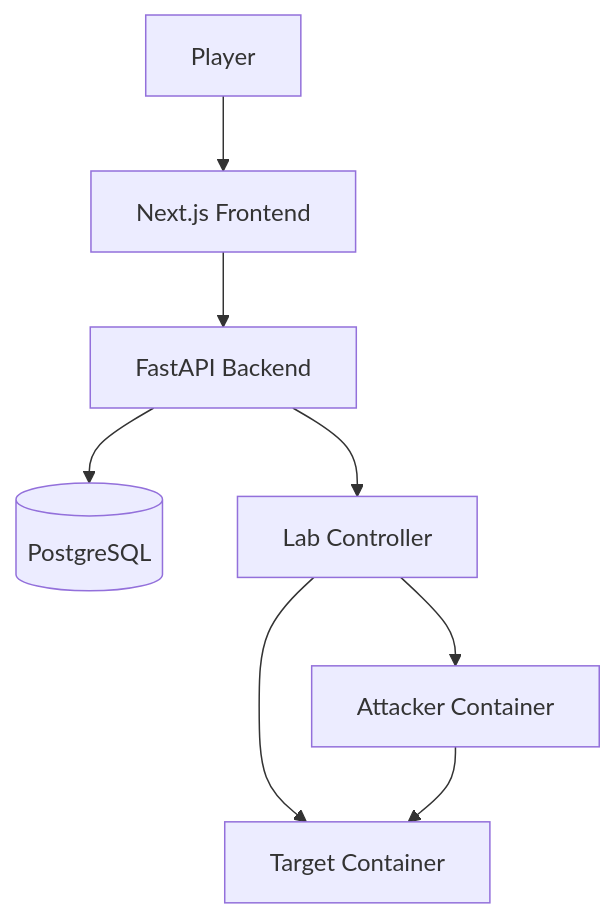
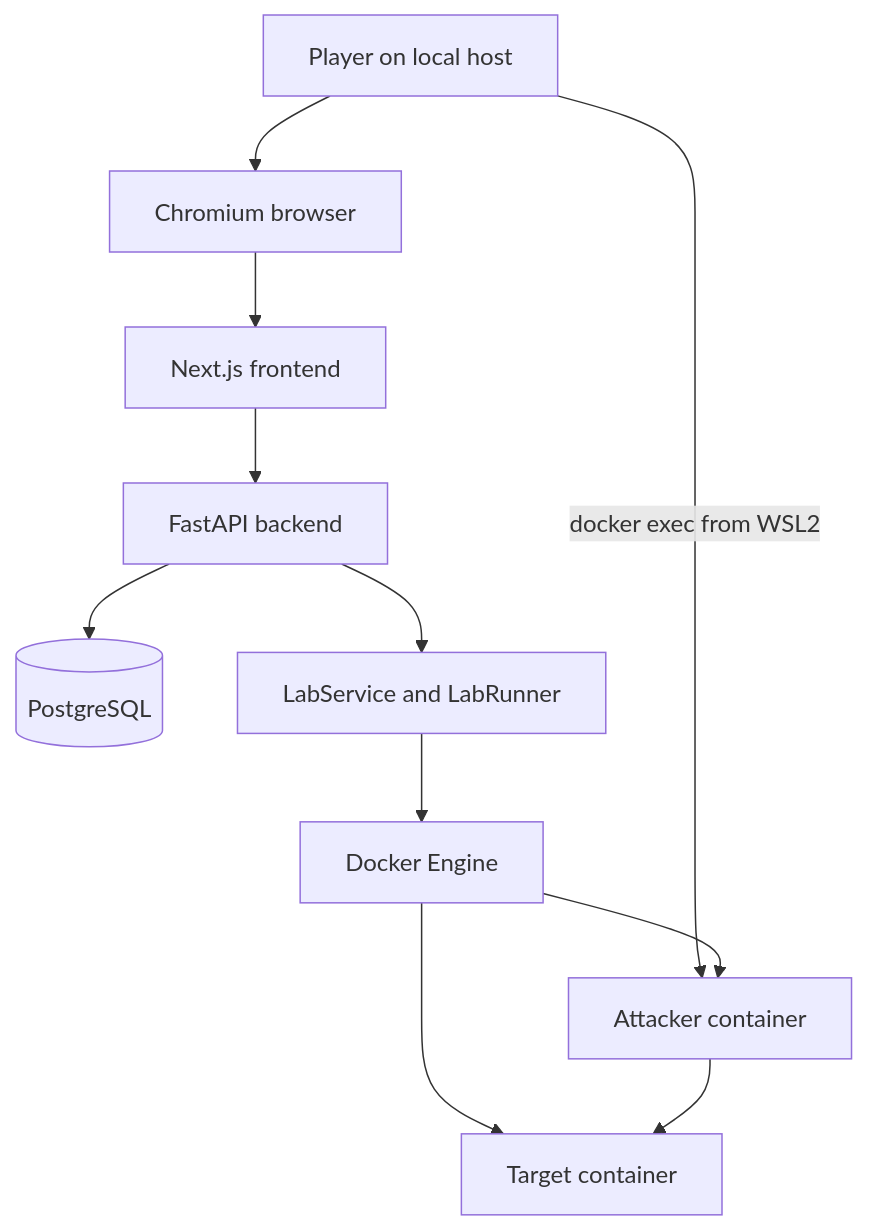
One commit to logical927/offsec-lab changed the first of 2 diagrams in docs/design/basic_design_v0.1.md. Above: the diagram before and after it, drawn with Mermaid. The commit also changed other lines of this file and 7 other files, not shown here.

````diff
--- a/docs/design/basic_design_v0.1.md
+++ b/docs/design/basic_design_v0.1.md
@@ -42,24 +28,23 @@
 ```mermaid
 flowchart TB
+    Player[Player on local host]
+    Browser[Chromium browser]
+    Frontend[Next.js frontend]
+    Backend[FastAPI backend]
+    Database[(PostgreSQL)]
+    Runner[LabService and LabRunner]
+    Engine[Docker Engine]
+    Attacker[Attacker container]
+    Target[Target container]
 
-    U[Player]
-
-    FE[Next.js Frontend]
-    API[FastAPI Backend]
-    DB[(PostgreSQL)]
-
-    LC[Lab Controller]
-
-    ATT[Attacker Container]
-    TAR[Target Container]
-
-    U --> FE
-    FE --> API
-    API --> DB
-    API --> LC
-
-    LC --> ATT
-    LC --> TAR
-
-    ATT --> TAR
+    Player --> Browser
+    Browser --> Frontend
+    Frontend --> Backend
+    Backend --> Database
+    Backend --> Runner
+    Runner --> Engine
+    Player -->|docker exec from WSL2| Attacker
+    Engine --> Attacker
+    Engine --> Target
+    Attacker --> Target
 ```
````
